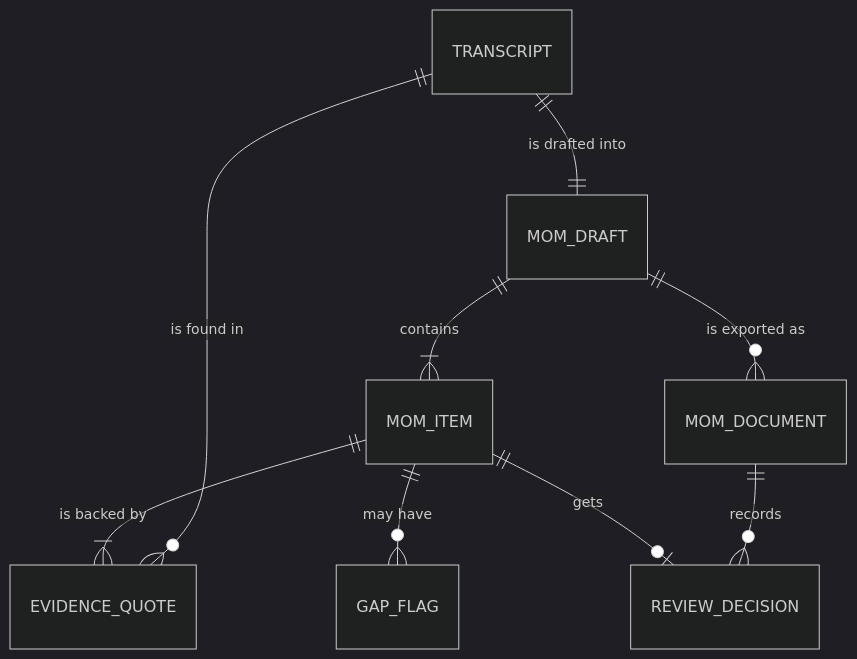
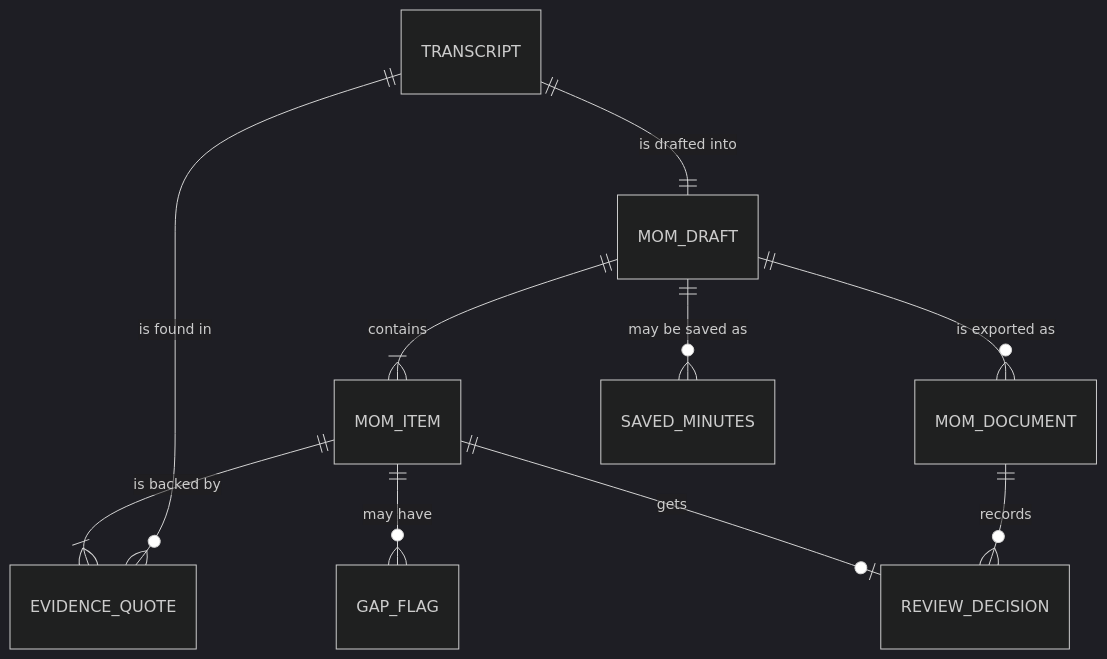
Before and after one commit to VietNgoDinh/ba-hackathon-meetingscribebot: the diagram in deliverables/proposal/A1-domain-model.md, drawn with Mermaid (dark theme). The commit also changed other lines of this file and 19 other files, not shown here.

Commit message:
Update the pack for saved minutes: spec, proposal, deck, demo script

````diff
--- a/deliverables/proposal/A1-domain-model.md
+++ b/deliverables/proposal/A1-domain-model.md
@@ -28,11 +29,12 @@
 ```mermaid
 erDiagram
   TRANSCRIPT ||--|| MOM_DRAFT : "is drafted into"
   MOM_DRAFT ||--|{ MOM_ITEM : "contains"
   MOM_ITEM ||--|{ EVIDENCE_QUOTE : "is backed by"
   EVIDENCE_QUOTE }o--|| TRANSCRIPT : "is found in"
   MOM_ITEM ||--o{ GAP_FLAG : "may have"
   MOM_ITEM ||--o| REVIEW_DECISION : "gets"
   MOM_DRAFT ||--o{ MOM_DOCUMENT : "is exported as"
   MOM_DOCUMENT ||--o{ REVIEW_DECISION : "records"
+  MOM_DRAFT ||--o{ SAVED_MINUTES : "may be saved as"
 ```
````
